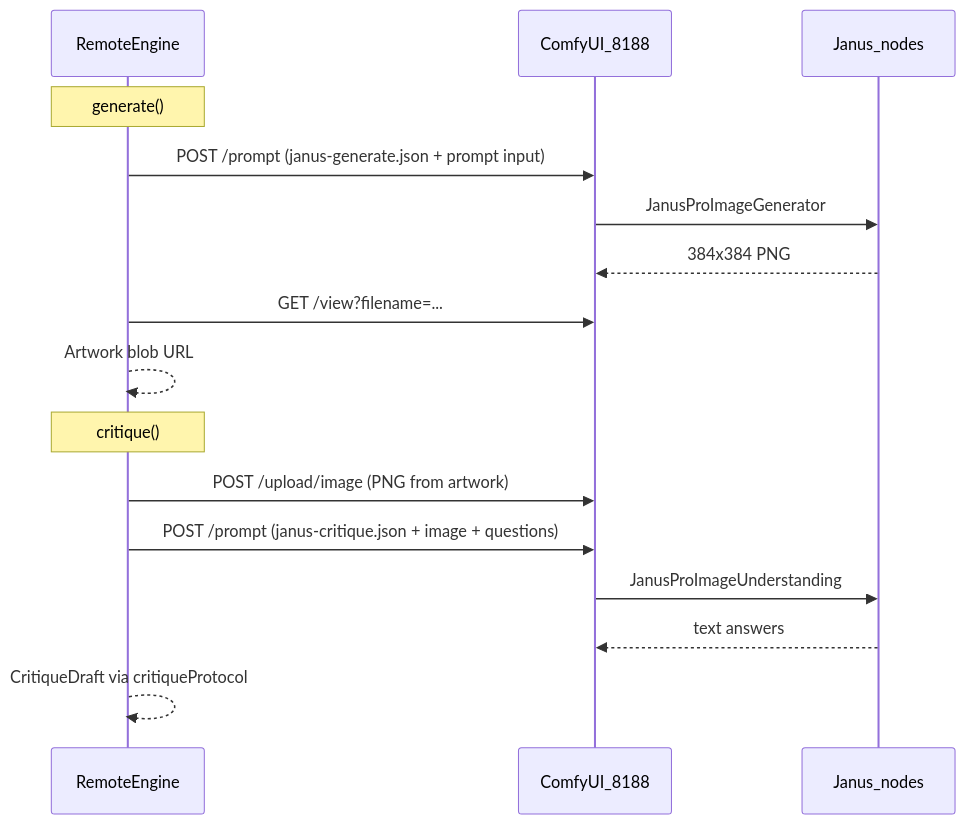
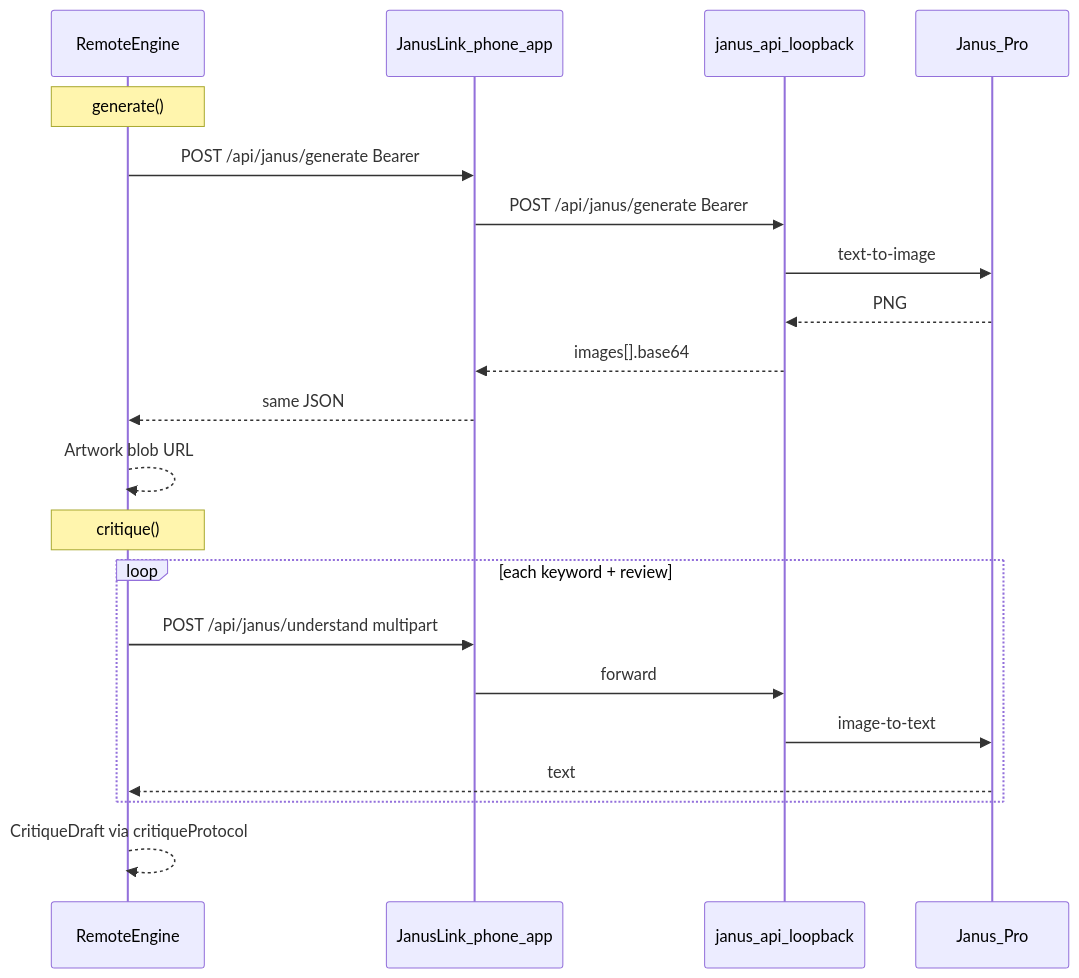
One commit to MichaelTJ/ArtDevTycoon changed the diagram in docs/tasks/07-api-engine.md. Above: the diagram before and after it, drawn with Mermaid. The commit also changed other lines of this file and 15 other files, not shown here.

First line of the commit message:
feat(engines): add JanusLink My PC remote engine (spec 07)

````diff
--- a/docs/tasks/07-api-engine.md
+++ b/docs/tasks/07-api-engine.md
@@ -100,20 +97,25 @@
 ```mermaid
 sequenceDiagram
   participant Game as RemoteEngine
-  participant Comfy as ComfyUI_8188
-  participant Janus as Janus_nodes
+  participant Phone as JanusLink_phone_app
+  participant API as janus_api_loopback
+  participant GPU as Janus_Pro
 
   Note over Game: generate()
-  Game->>Comfy: POST /prompt (janus-generate.json + prompt input)
-  Comfy->>Janus: JanusProImageGenerator
-  Janus-->>Comfy: 384x384 PNG
-  Game->>Comfy: GET /view?filename=...
+  Game->>Phone: POST /api/janus/generate Bearer
+  Phone->>API: POST /api/janus/generate Bearer
+  API->>GPU: text-to-image
+  GPU-->>API: PNG
+  API-->>Phone: images[].base64
+  Phone-->>Game: same JSON
   Game-->>Game: Artwork blob URL
 
   Note over Game: critique()
-  Game->>Comfy: POST /upload/image (PNG from artwork)
-  Game->>Comfy: POST /prompt (janus-critique.json + image + questions)
-  Comfy->>Janus: JanusProImageUnderstanding
-  Janus-->>Comfy: text answers
+  loop each keyword + review
+    Game->>Phone: POST /api/janus/understand multipart
+    Phone->>API: forward
+    API->>GPU: image-to-text
+    GPU-->>Game: text
+  end
   Game-->>Game: CritiqueDraft via critiqueProtocol
 ```
````
